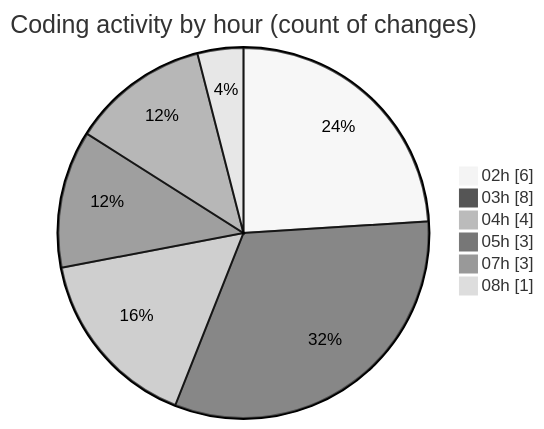
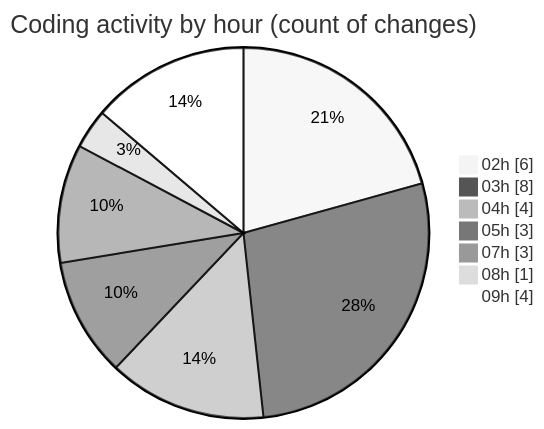
The second of 2 diagrams in 2025-07-03/cursor/README.md (FelipKnott/code-tracking), drawn with Mermaid (neutral theme) before and after one commit. The commit also changed other lines of this file and 1 other file, not shown here.

````diff
--- a/2025-07-03/cursor/README.md
+++ b/2025-07-03/cursor/README.md
@@ -35,10 +35,11 @@
 ```mermaid
 pie showData
 title Coding activity by hour (count of changes)
 "02h" : 6
 "03h" : 8
 "04h" : 4
 "05h" : 3
 "07h" : 3
 "08h" : 1
+"09h" : 4
 ```
````
